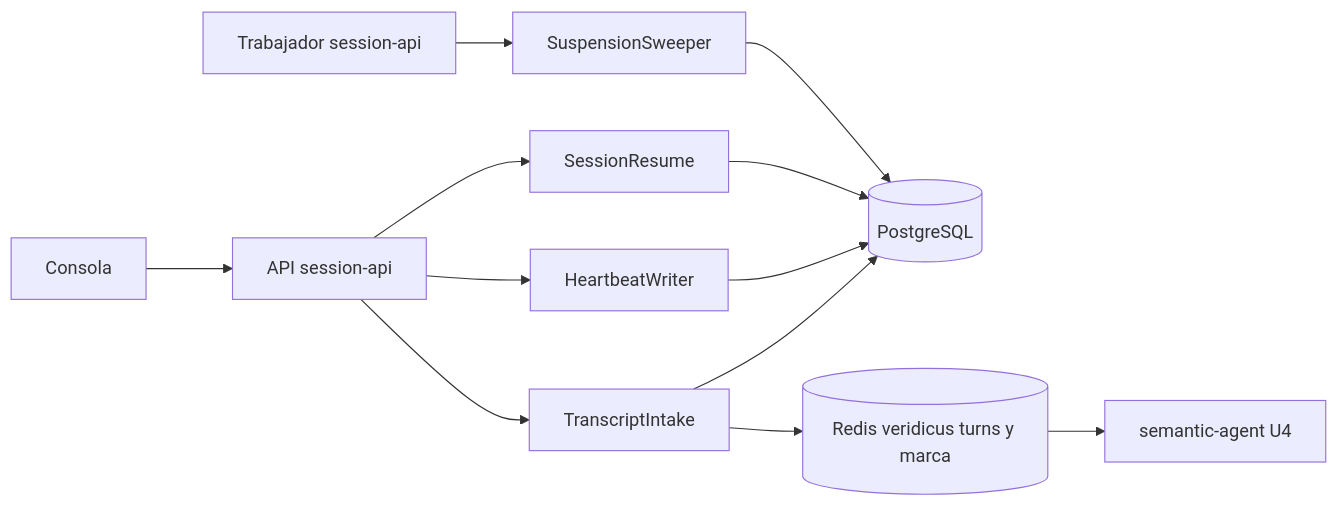
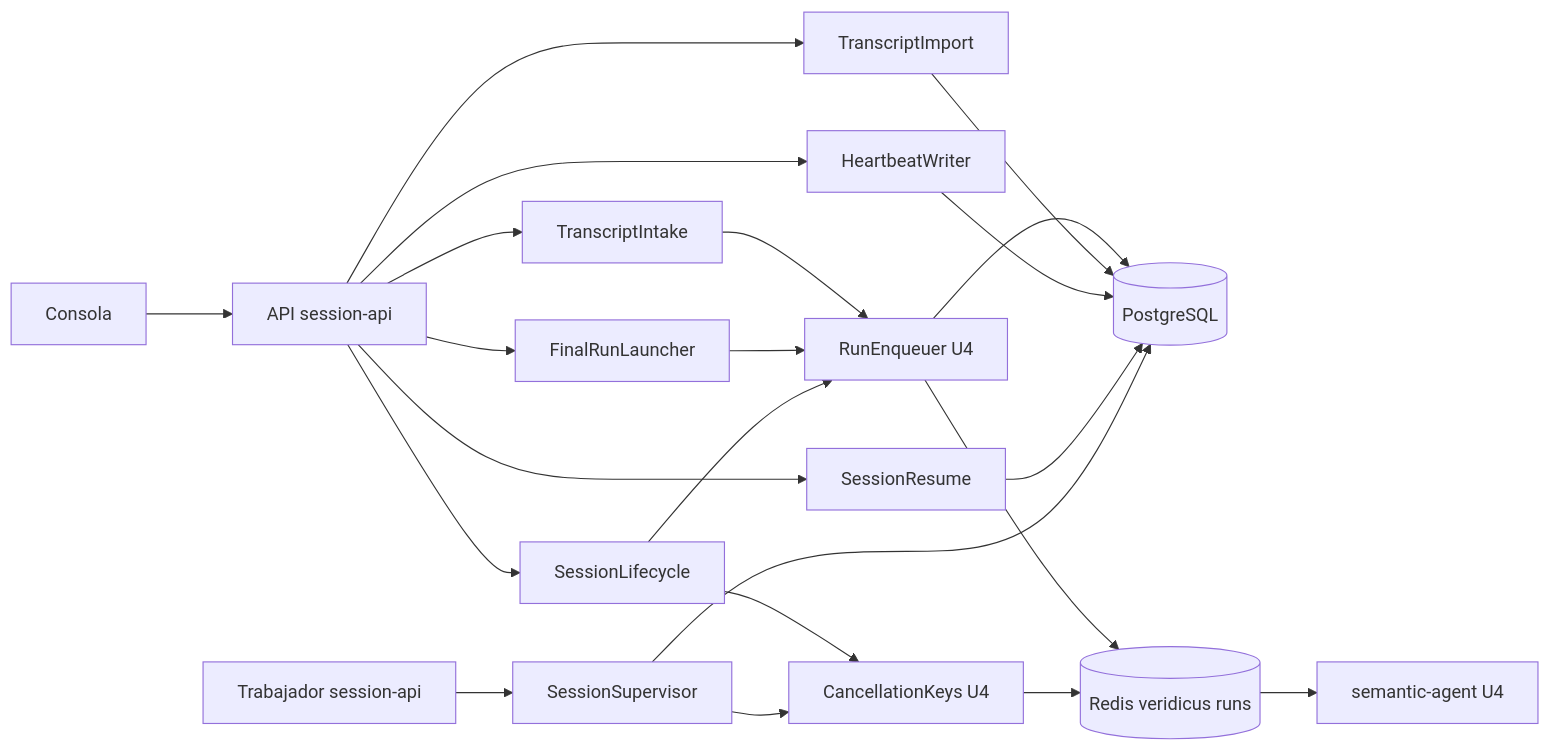
One commit to freyesJaveriana/tai changed the diagram in aidlc/spaces/default/intents/261002-veridicus-mvp/construction/session-lifecycle/nfr-design/logical-components.md. Above: the diagram before and after it, drawn with Mermaid. The commit also changed other lines of this file and 10 other files, not shown here.

````diff
--- a/aidlc/spaces/default/intents/261002-veridicus-mvp/construction/session-lifecycle/nfr-design/logical-components.md
+++ b/aidlc/spaces/default/intents/261002-veridicus-mvp/construction/session-lifecycle/nfr-design/logical-components.md
@@ -28,14 +41,24 @@
 ```mermaid
 flowchart LR
   C[Consola] --> API[API session-api]
   API --> TI[TranscriptIntake]
+  API --> IM[TranscriptImport]
+  API --> FR[FinalRunLauncher]
+  API --> SL[SessionLifecycle]
   API --> HW[HeartbeatWriter]
   API --> SR[SessionResume]
-  TI --> PG[(PostgreSQL)]
-  TI --> RD[(Redis veridicus turns y marca)]
+  TI --> EN[RunEnqueuer U4]
+  FR --> EN
+  SL --> EN
+  SL --> CK[CancellationKeys U4]
+  EN --> PG[(PostgreSQL)]
+  EN --> RD[(Redis veridicus runs)]
+  CK --> RD
+  IM --> PG
   HW --> PG
   SR --> PG
-  WK[Trabajador session-api] --> SW[SuspensionSweeper]
-  SW --> PG
+  WK[Trabajador session-api] --> SS[SessionSupervisor]
+  SS --> PG
+  SS --> CK
   RD --> SA[semantic-agent U4]
 ```
````
